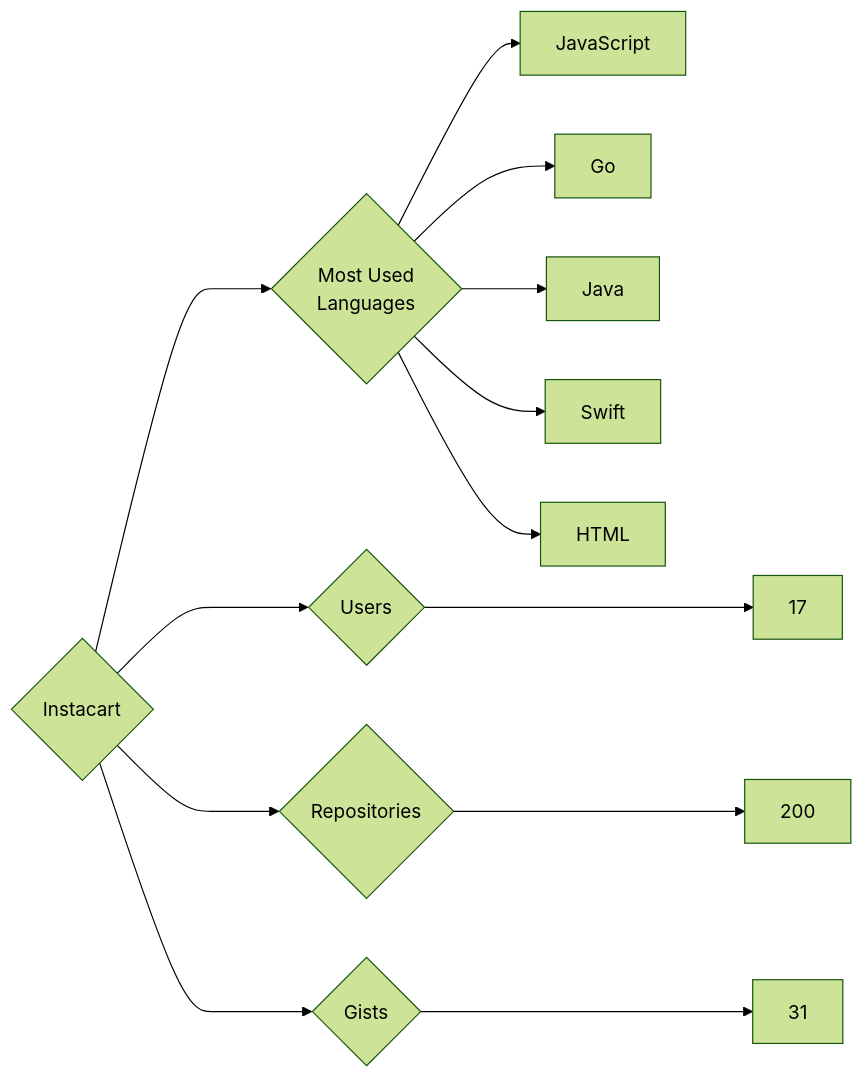
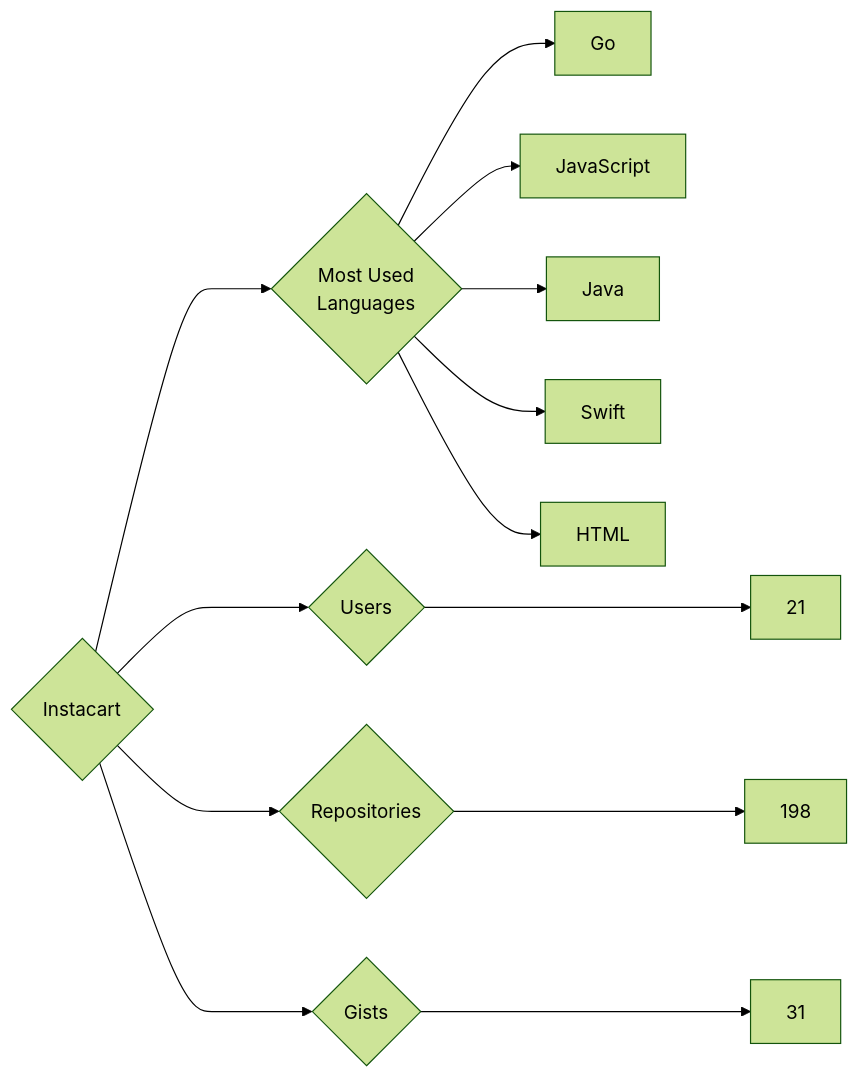
One commit to trickest/insiders changed the diagram in targets/Instacart/README.md. Above: the diagram before and after it, drawn with Mermaid (forest theme). The commit also changed 1195 other files, not shown here.

````diff
--- a/targets/Instacart/README.md
+++ b/targets/Instacart/README.md
@@ -3,13 +3,13 @@
 ```mermaid
 graph LR
 COMPANY_NAME{Instacart}
-COMPANY_NAME ---> U{Users} ---> UN[17]
-COMPANY_NAME ---> R{Repositories} ---> RN[200]
+COMPANY_NAME ---> U{Users} ---> UN[21]
+COMPANY_NAME ---> R{Repositories} ---> RN[198]
 COMPANY_NAME ---> G{Gists} ---> GN[31]
 COMPANY_NAME ---> ML{Most Used<br>Languages}
+ML --> Go[Go]
 ML --> JavaScript[JavaScript]
-ML --> Go[Go]
 ML --> Java[Java]
 ML --> Swift[Swift]
 ML --> HTML[HTML]
 ```
````
